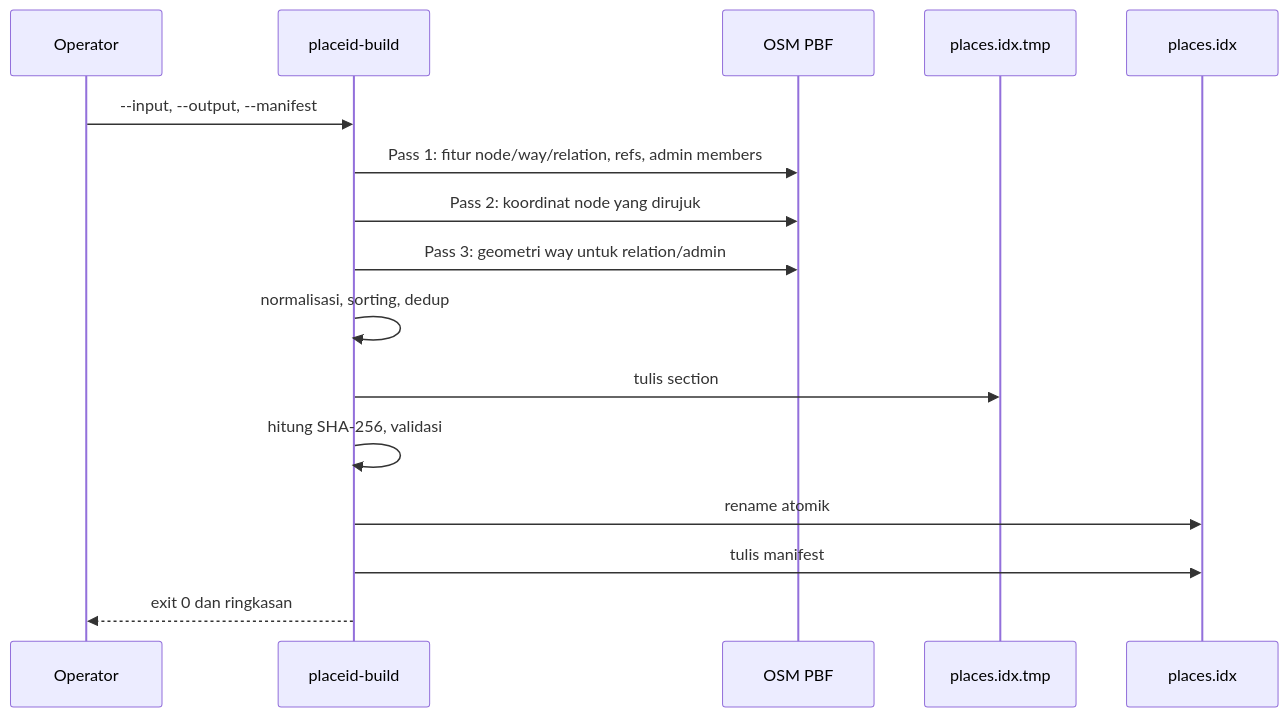
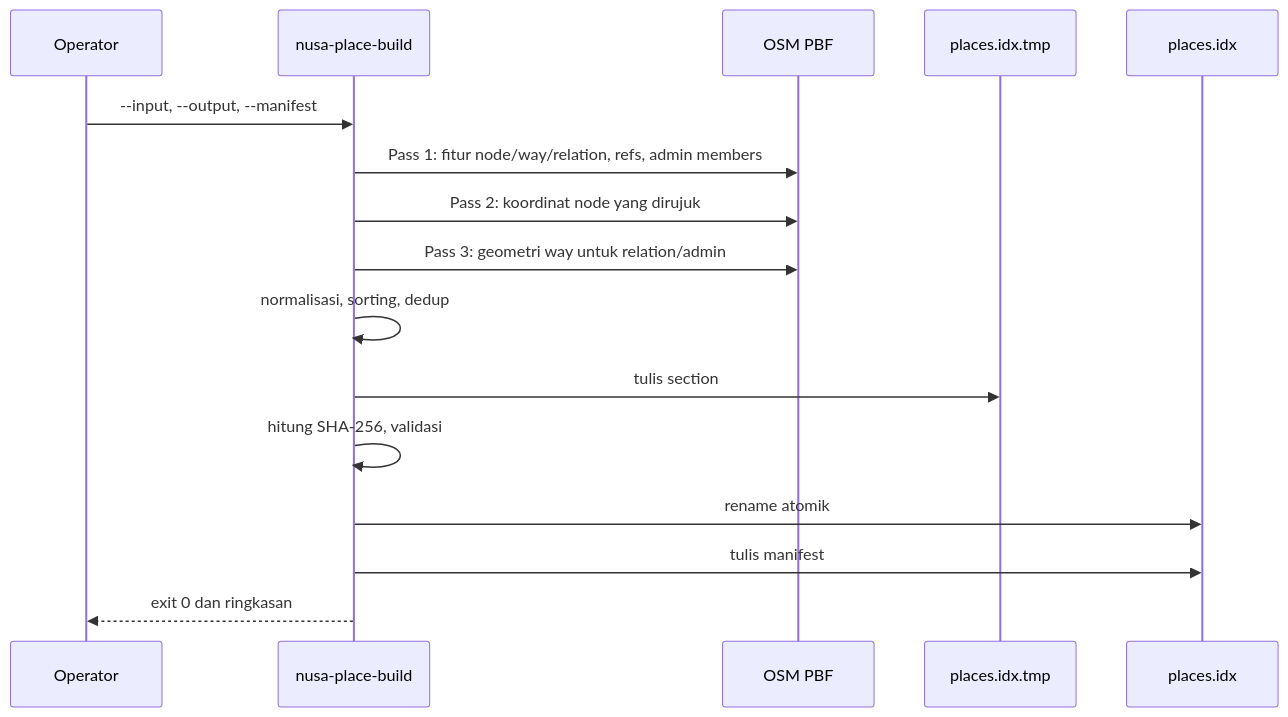
One commit to nusapeta/place changed the third of 5 diagrams in docs/ARCHITECTURE.md. Above: the diagram before and after it, drawn with Mermaid. The commit also changed other lines of this file and 48 other files, not shown here.

First line of the commit message:
rename: rebrand placeid as nusapeta/place

````diff
--- a/docs/ARCHITECTURE.md
+++ b/docs/ARCHITECTURE.md
@@ -66,18 +66,18 @@
 ```mermaid
 sequenceDiagram
     participant Op as Operator
-    participant B as placeid-build
+    participant B as nusa-place-build
     participant PBF as OSM PBF
     participant Tmp as places.idx.tmp
     participant Out as places.idx
     Op->>B: --input, --output, --manifest
     B->>PBF: Pass 1: fitur node/way/relation, refs, admin members
     B->>PBF: Pass 2: koordinat node yang dirujuk
     B->>PBF: Pass 3: geometri way untuk relation/admin
     B->>B: normalisasi, sorting, dedup
     B->>Tmp: tulis section
     B->>B: hitung SHA-256, validasi
     B->>Out: rename atomik
     B->>Out: tulis manifest
     B-->>Op: exit 0 dan ringkasan
 ```
````
